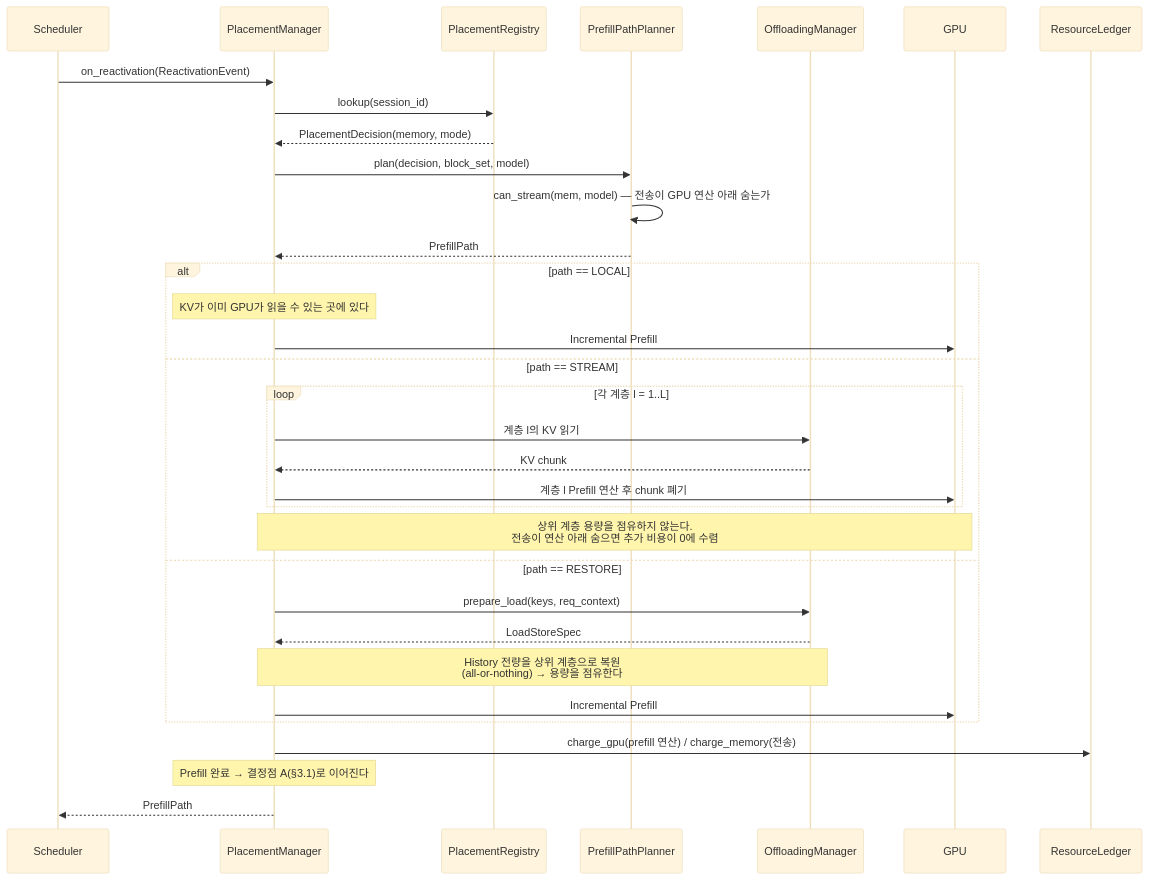
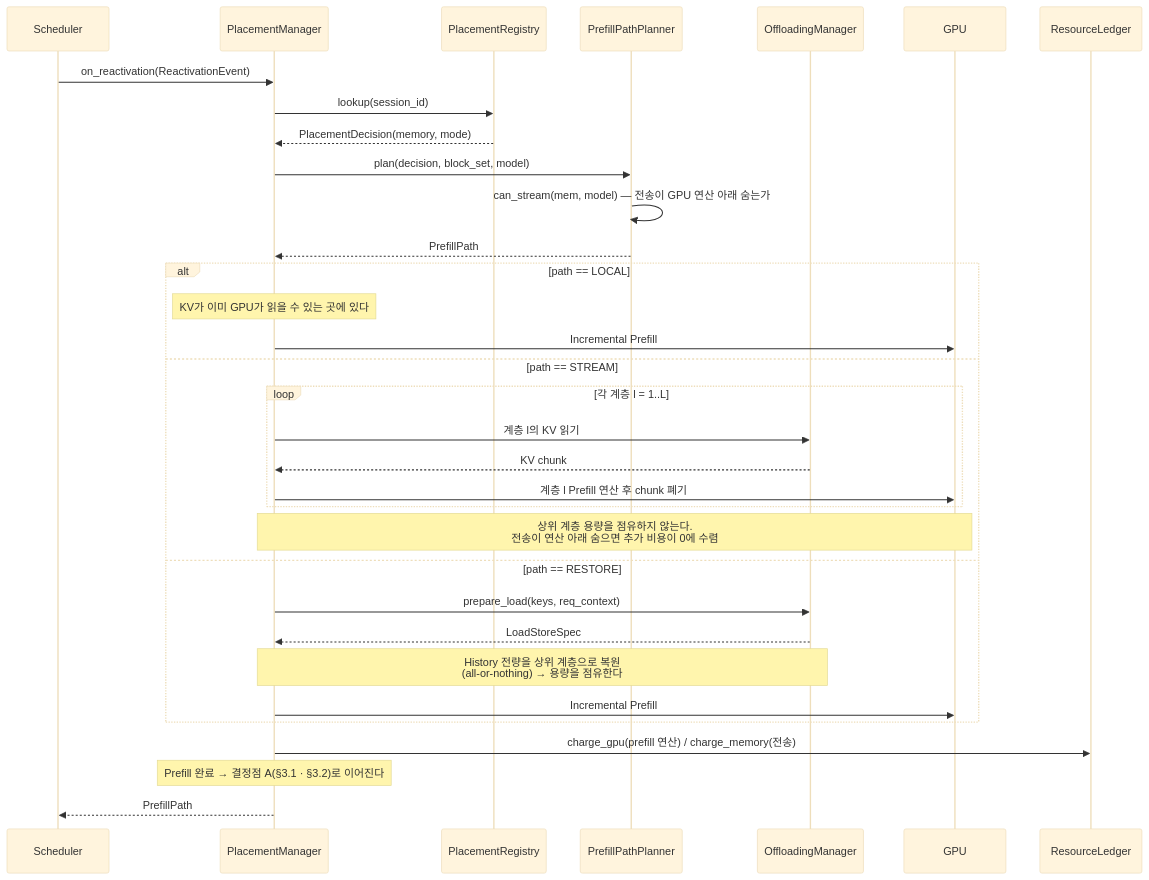
One commit to mkim0628/vllm changed diagram 13 of 14 in doc-architect/dp1-implementation-uml.md. Above: the diagram before and after it, drawn with Mermaid (base theme). The commit also changed other lines of this file and 2 other files, not shown here.

````diff
--- a/doc-architect/dp1-implementation-uml.md
+++ b/doc-architect/dp1-implementation-uml.md
@@ -715,38 +976,38 @@
 ```mermaid
 sequenceDiagram
     participant Sched as Scheduler
     participant Mgr as PlacementManager
     participant Reg as PlacementRegistry
     participant Plan as PrefillPathPlanner
     participant OffMgr as OffloadingManager
     participant GPU as GPU
     participant Led as ResourceLedger
 
     Sched->>Mgr: on_reactivation(ReactivationEvent)
     Mgr->>Reg: lookup(session_id)
     Reg-->>Mgr: PlacementDecision(memory, mode)
     Mgr->>Plan: plan(decision, block_set, model)
     Plan->>Plan: can_stream(mem, model) — 전송이 GPU 연산 아래 숨는가
     Plan-->>Mgr: PrefillPath
 
     alt path == LOCAL
         Note over Mgr: KV가 이미 GPU가 읽을 수 있는 곳에 있다
         Mgr->>GPU: Incremental Prefill
     else path == STREAM
         loop 각 계층 l = 1..L
             Mgr->>OffMgr: 계층 l의 KV 읽기
             OffMgr-->>Mgr: KV chunk
             Mgr->>GPU: 계층 l Prefill 연산 후 chunk 폐기
         end
         Note over Mgr,GPU: 상위 계층 용량을 점유하지 않는다.<br/>전송이 연산 아래 숨으면 추가 비용이 0에 수렴
     else path == RESTORE
         Mgr->>OffMgr: prepare_load(keys, req_context)
         OffMgr-->>Mgr: LoadStoreSpec
         Note over Mgr,OffMgr: History 전량을 상위 계층으로 복원<br/>(all-or-nothing) → 용량을 점유한다
         Mgr->>GPU: Incremental Prefill
     end
 
     Mgr->>Led: charge_gpu(prefill 연산) / charge_memory(전송)
-    Note over Mgr: Prefill 완료 → 결정점 A(§3.1)로 이어진다
+    Note over Mgr: Prefill 완료 → 결정점 A(§3.1 · §3.2)로 이어진다
     Mgr-->>Sched: PrefillPath
 ```
````
